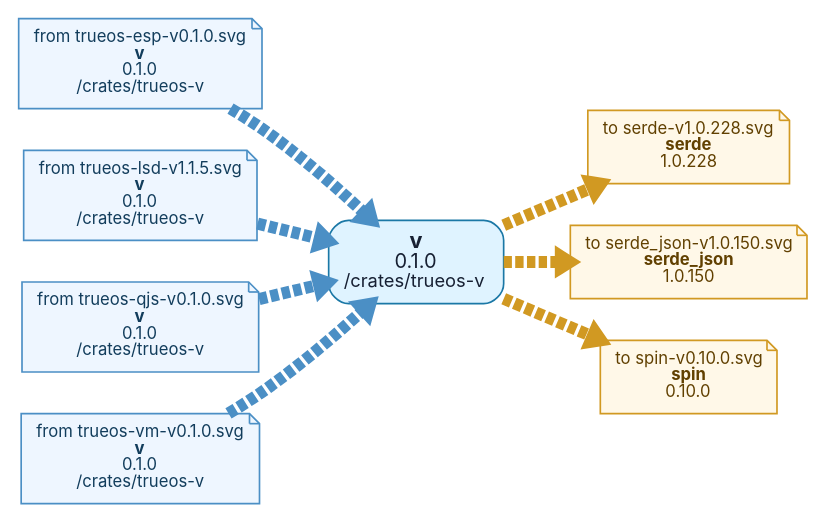
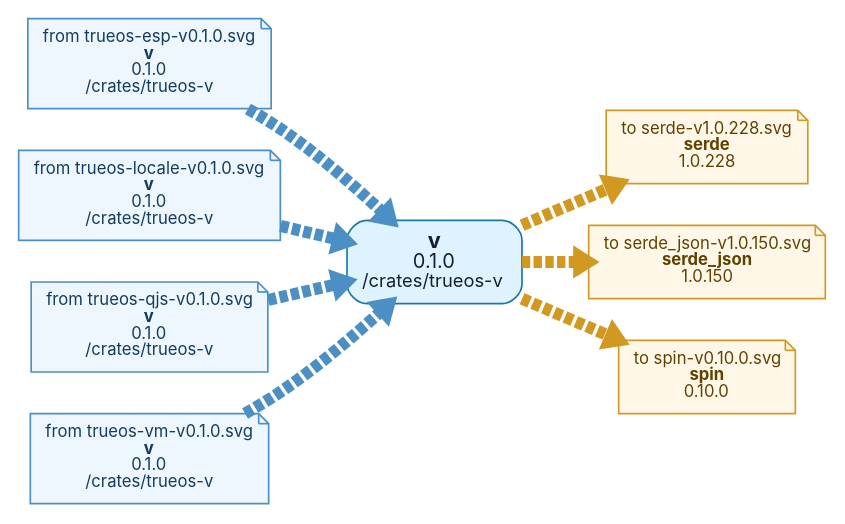
Before and after one commit to t4ce/TRUEOS: the diagram in tools/docs/depgraph/by-root/v-v0.1.0.dot, drawn with Graphviz. The commit also changed 81 other files, not shown here.

```diff
--- a/tools/docs/depgraph/by-root/v-v0.1.0.dot
+++ b/tools/docs/depgraph/by-root/v-v0.1.0.dot
@@ -1,23 +1,23 @@
 digraph "v-v0.1.0" {
   graph [rankdir=LR, bgcolor="white", overlap=false, splines=true, nodesep=0.35, ranksep=0.55];
   node [shape=box, style="rounded,filled", fontname="Inter,Arial", fontsize=10, margin="0.13,0.10", color="#8b9bb0", fillcolor="#f7f9fb", fontcolor="#172033"];
   edge [color="#9aa8b8", arrowsize=0.55, penwidth=7.2];
   n0 [label=<<FONT POINT-SIZE="13"><B>v</B></FONT><BR/><FONT POINT-SIZE="12">0.1.0</FONT><BR/><FONT POINT-SIZE="11">/crates/trueos-v</FONT>>, fillcolor="#dff3ff", color="#1b78a6"];
   out0 [label=<to serde-v1.0.228.svg<BR/><B>serde</B><BR/>1.0.228>, shape=note, style="filled", fillcolor="#fff8e8", color="#d19922", fontcolor="#614000"];
   n0 -> out0 [style=dashed, color="#d19922"];
   out1 [label=<to serde_json-v1.0.150.svg<BR/><B>serde_json</B><BR/>1.0.150>, shape=note, style="filled", fillcolor="#fff8e8", color="#d19922", fontcolor="#614000"];
   n0 -> out1 [style=dashed, color="#d19922"];
   out2 [label=<to spin-v0.10.0.svg<BR/><B>spin</B><BR/>0.10.0>, shape=note, style="filled", fillcolor="#fff8e8", color="#d19922", fontcolor="#614000"];
   n0 -> out2 [style=dashed, color="#d19922"];
   in3 [label=<from trueos-esp-v0.1.0.svg<BR/><B>v</B><BR/>0.1.0<BR/>/crates/trueos-v>, shape=note, style="filled", fillcolor="#eef6ff", color="#4b8fc5", fontcolor="#123d5c"];
   in3 -> n0 [style=dashed, color="#4b8fc5"];
-  in4 [label=<from trueos-lsd-v1.1.5.svg<BR/><B>v</B><BR/>0.1.0<BR/>/crates/trueos-v>, shape=note, style="filled", fillcolor="#eef6ff", color="#4b8fc5", fontcolor="#123d5c"];
+  in4 [label=<from trueos-locale-v0.1.0.svg<BR/><B>v</B><BR/>0.1.0<BR/>/crates/trueos-v>, shape=note, style="filled", fillcolor="#eef6ff", color="#4b8fc5", fontcolor="#123d5c"];
   in4 -> n0 [style=dashed, color="#4b8fc5"];
   in5 [label=<from trueos-qjs-v0.1.0.svg<BR/><B>v</B><BR/>0.1.0<BR/>/crates/trueos-v>, shape=note, style="filled", fillcolor="#eef6ff", color="#4b8fc5", fontcolor="#123d5c"];
   in5 -> n0 [style=dashed, color="#4b8fc5"];
   in6 [label=<from trueos-vm-v0.1.0.svg<BR/><B>v</B><BR/>0.1.0<BR/>/crates/trueos-v>, shape=note, style="filled", fillcolor="#eef6ff", color="#4b8fc5", fontcolor="#123d5c"];
   in6 -> n0 [style=dashed, color="#4b8fc5"];
   // collapsed leaf ends: 0
   // centered two-input leaves: 0
   // nested two-input leaves: 0
 }
```
